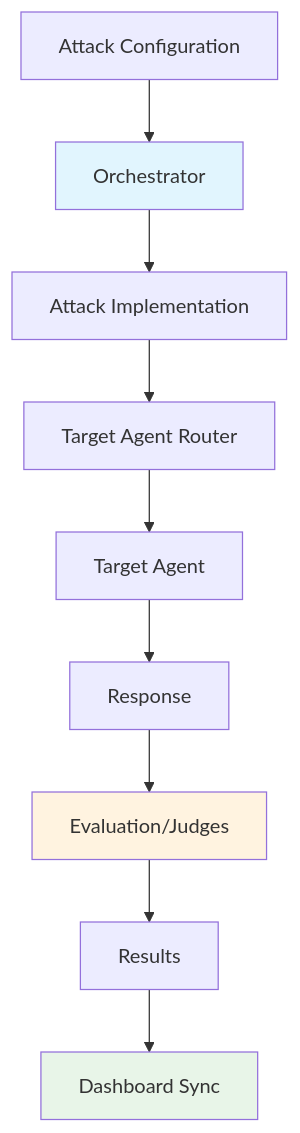
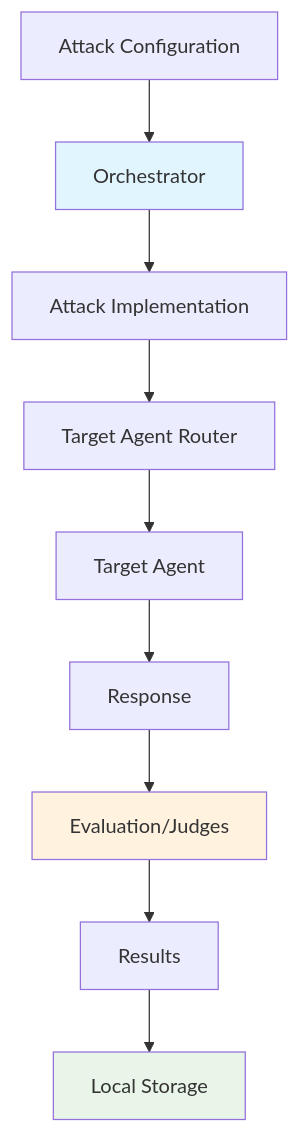
The second of 2 diagrams in docs/docs/attacks/index.mdx (AISecurityLab/hackagent), drawn with Mermaid before and after one commit. The commit also changed other lines of this file and 174 other files, not shown here.

````diff
--- a/docs/docs/attacks/index.mdx
+++ b/docs/docs/attacks/index.mdx
@@ -273,15 +273,15 @@
 ```mermaid
 graph TD
     A[Attack Configuration] --> B[Orchestrator]
     B --> C[Attack Implementation]
     C --> D[Target Agent Router]
     D --> E[Target Agent]
     E --> F[Response]
     F --> G[Evaluation/Judges]
     G --> H[Results]
-    H --> I[Dashboard Sync]
+    H --> I[Local Storage]
     
     style B fill:#e1f5fe
     style G fill:#fff3e0
     style I fill:#e8f5e8
 ```
````
